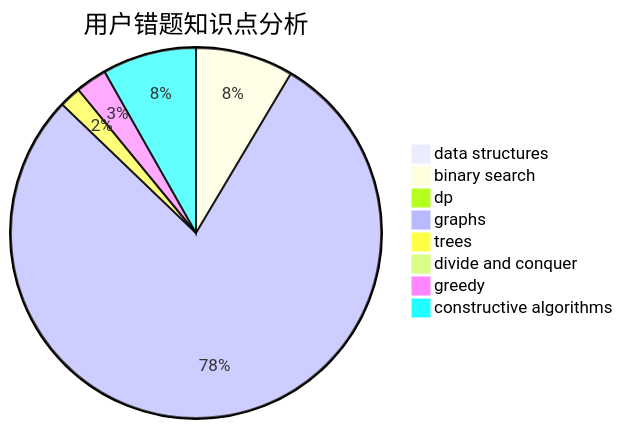
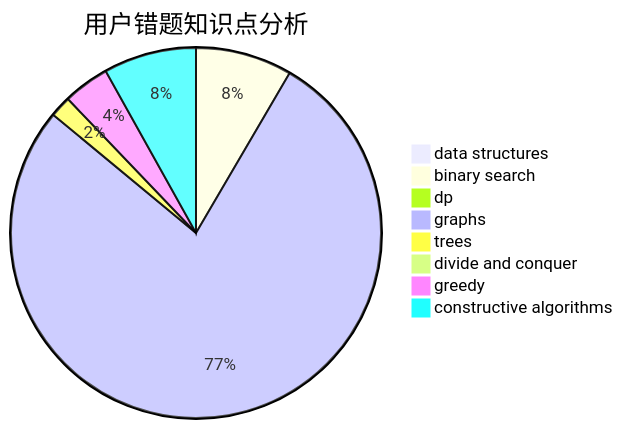
The third of 3 diagrams in docs/user/u1293.md (sherpahu/cfrs.github.io), drawn with Mermaid before and after one commit. The commit also changed other lines of this file and 2770 other files, not shown here.

````diff
--- a/docs/user/u1293.md
+++ b/docs/user/u1293.md
@@ -36,11 +36,11 @@
 ```mermaid
 pie title 用户错题知识点分析
     "data structures" :  2
     "binary search" :  50
     "dp" :  2
     "graphs" :  460
     "trees" :  11
     "divide and conquer" :  2
-    "greedy" :  16
+    "greedy" :  24
     "constructive algorithms" :  48
 ```
````
